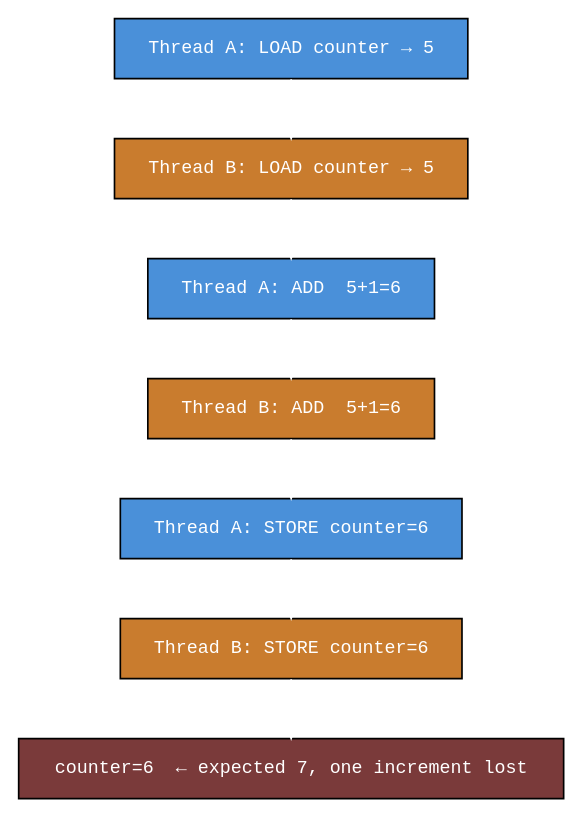
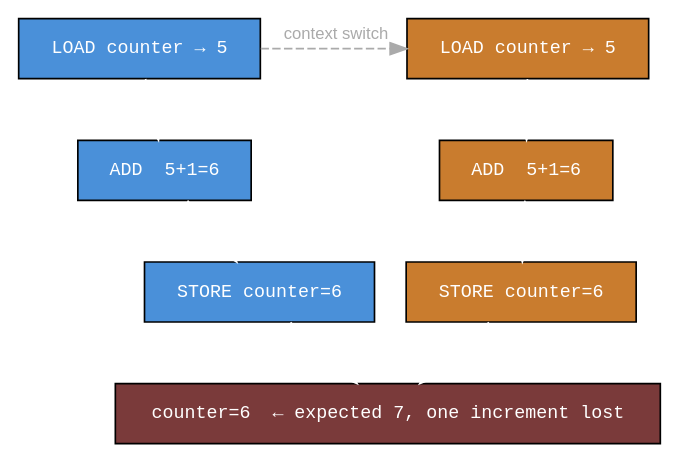
One commit to symentispl/java-concurrency-primer changed the fourth of 4 diagrams in slides/src/main/slides/index.adoc. Above: the diagram before and after it, drawn with Graphviz. The commit also changed other lines of this file, not shown here.

Commit message:
fix: improve interleaving diagram layout and remove synchronized forward reference

```diff
--- a/slides/src/main/slides/index.adoc
+++ b/slides/src/main/slides/index.adoc
@@ -341,23 +341,30 @@
 [graphviz]
 ----
 digraph interleave {
     rankdir=TB
     node [shape=rect, style=filled, fontname="monospace", fontsize=11, margin="0.25,0.15"]
     edge [color=white, fontcolor="#cccccc", fontname="sans-serif", fontsize=10]
 
-    A1 [label="Thread A: LOAD counter → 5",  fillcolor="#4a90d9", fontcolor=white]
-    B1 [label="Thread B: LOAD counter → 5",  fillcolor="#c97c2e", fontcolor=white]
-    A2 [label="Thread A: ADD  5+1=6",         fillcolor="#4a90d9", fontcolor=white]
-    B2 [label="Thread B: ADD  5+1=6",         fillcolor="#c97c2e", fontcolor=white]
-    A3 [label="Thread A: STORE counter=6",    fillcolor="#4a90d9", fontcolor=white]
-    B3 [label="Thread B: STORE counter=6",    fillcolor="#c97c2e", fontcolor=white]
+    A1 [label="LOAD counter → 5",  fillcolor="#4a90d9", fontcolor=white]
+    A2 [label="ADD  5+1=6",        fillcolor="#4a90d9", fontcolor=white]
+    A3 [label="STORE counter=6",   fillcolor="#4a90d9", fontcolor=white]
+
+    B1 [label="LOAD counter → 5",  fillcolor="#c97c2e", fontcolor=white]
+    B2 [label="ADD  5+1=6",        fillcolor="#c97c2e", fontcolor=white]
+    B3 [label="STORE counter=6",   fillcolor="#c97c2e", fontcolor=white]
+
     R  [label="counter=6  ← expected 7, one increment lost", fillcolor="#7a3a3a", fontcolor=white]
 
-    A1 -> B1
-    B1 -> A2
-    A2 -> B2
-    B2 -> A3
-    A3 -> B3
+    A1 -> A2 -> A3
+    B1 -> B2 -> B3
+
+    { rank=same; A1; B1 }
+    { rank=same; A2; B2 }
+    { rank=same; A3; B3 }
+
+    A1 -> B1 [style=dashed, color="#aaaaaa", fontcolor="#aaaaaa", label="  context switch"]
+
+    A3 -> R
     B3 -> R
 }
 ----
```
